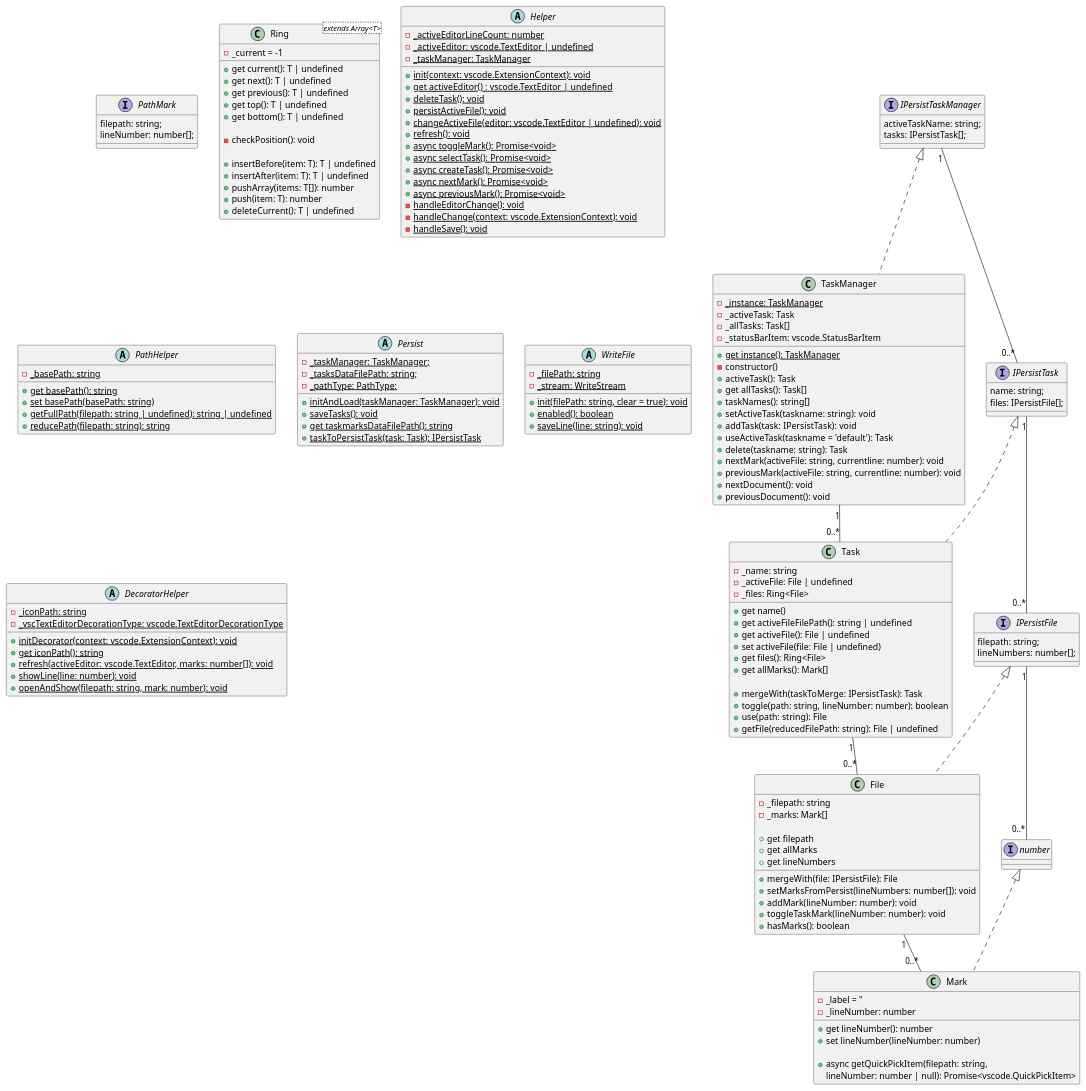
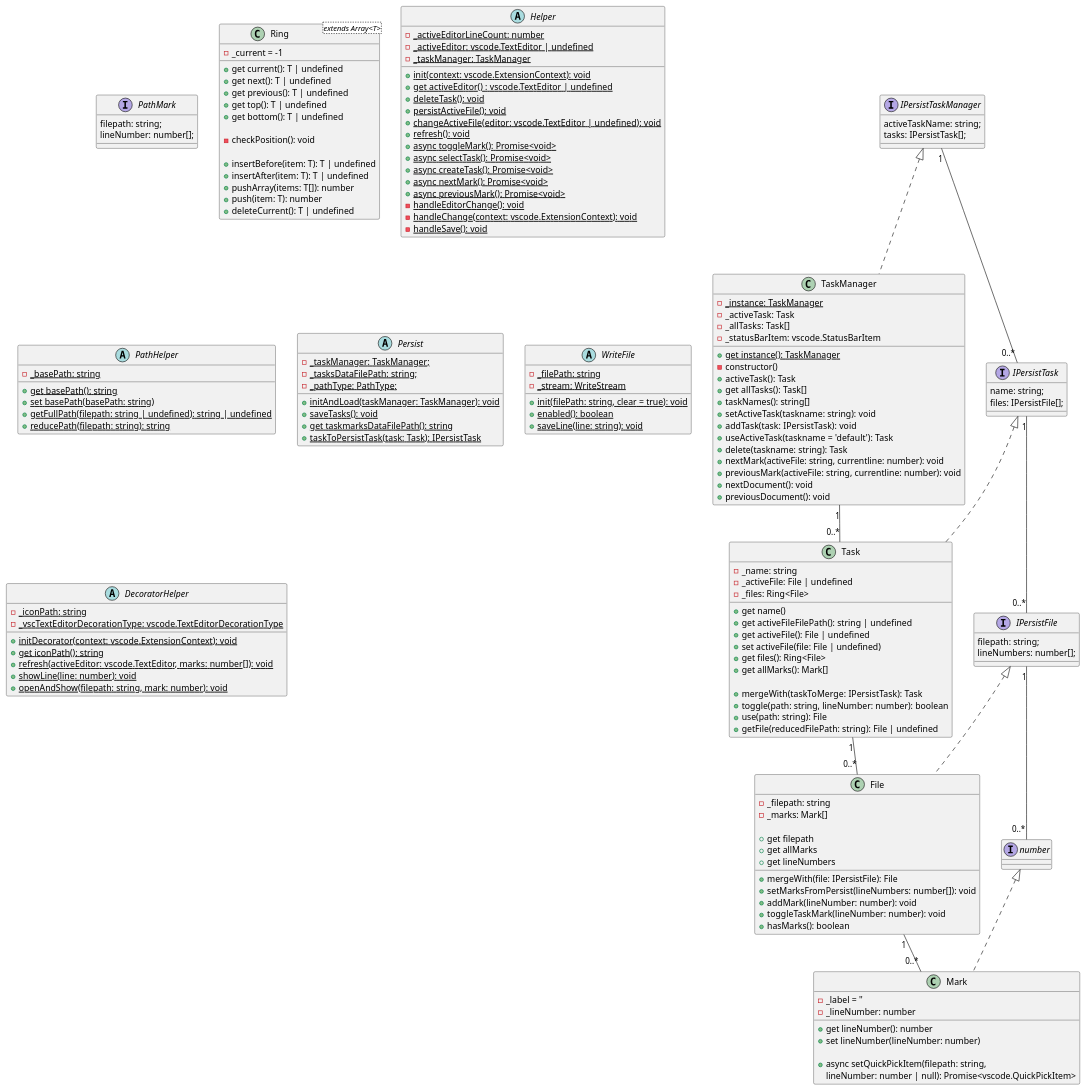
The diagram in docu/inMemory.puml (norbertK/taskmarks), drawn with PlantUML before and after one commit. The commit also changed 5 other files, not shown here.

```diff
--- a/docu/inMemory.puml
+++ b/docu/inMemory.puml
@@ -3,182 +3,182 @@
 @startuml
 
 
 class TaskManager {
     -{static}_instance: TaskManager
     +{static}get instance(): TaskManager
     -constructor()
  -_activeTask: Task
  -_allTasks: Task[]
  -_statusBarItem: vscode.StatusBarItem
 
  +activeTask(): Task
  +get allTasks(): Task[]
  +taskNames(): string[]
  +setActiveTask(taskname: string): void
  +addTask(task: IPersistTask): void
  +useActiveTask(taskname = 'default'): Task
  +delete(taskname: string): Task
  +nextMark(activeFile: string, currentline: number): void
  +previousMark(activeFile: string, currentline: number): void
  +nextDocument(): void
  +previousDocument(): void
 }
 
 class Task {
  -_name: string
  -_activeFile: File | undefined
  -_files: Ring<File>
 
  +get name()
  +get activeFileFilePath(): string | undefined
  +get activeFile(): File | undefined
  +set activeFile(file: File | undefined)
  +get files(): Ring<File>
  +get allMarks(): Mark[] 
 
  +mergeWith(taskToMerge: IPersistTask): Task
  +toggle(path: string, lineNumber: number): boolean
  +use(path: string): File
  +getFile(reducedFilePath: string): File | undefined
 }
 
 class File {
  -_filepath: string
  -_marks: Mark[]
 
  +get filepath
  +get allMarks
  +get lineNumbers
 
  +mergeWith(file: IPersistFile): File
  +setMarksFromPersist(lineNumbers: number[]): void
  +addMark(lineNumber: number): void
  +toggleTaskMark(lineNumber: number): void
  +hasMarks(): boolean
 }
 
 class Mark {
  -_label = ''
  -_lineNumber: number
 
  +get lineNumber(): number
  +set lineNumber(lineNumber: number)
 
- +async getQuickPickItem(filepath: string,
+ +async setQuickPickItem(filepath: string,
     lineNumber: number | null): Promise<vscode.QuickPickItem>
 }
 
 TaskManager "1" -- "0..*" Task
 Task "1" -- "0..*" File
 File "1" -- "0..*" Mark
 
 
 interface IPersistTaskManager {
   activeTaskName: string;
   tasks: IPersistTask[];
 }
 
 interface IPersistTask {
   name: string;
   files: IPersistFile[];
 }
 
 interface IPersistFile {
   filepath: string;
   lineNumbers: number[];
 }
 interface number {
 }
 
 interface PathMark {
   filepath: string;
   lineNumber: number[];
 }
 
 IPersistTaskManager "1" -- "0..*" IPersistTask
 IPersistTask "1" -- "0..*" IPersistFile
 IPersistFile "1" -- "0..*" number
 
 
 IPersistTaskManager <|.. TaskManager
 IPersistTask <|.. Task
 IPersistFile <|.. File
 number <|.. Mark
 
 class Ring<extends Array<T>> {
     -_current = -1
 
     +get current(): T | undefined
     +get next(): T | undefined
     +get previous(): T | undefined
     +get top(): T | undefined
     +get bottom(): T | undefined
     
     -checkPosition(): void
 
     +insertBefore(item: T): T | undefined
     +insertAfter(item: T): T | undefined
     +pushArray(items: T[]): number
     +push(item: T): number
     +deleteCurrent(): T | undefined
 
 
 }
 
 abstract class Helper{
     -{static}_activeEditorLineCount: number
     -{static}_activeEditor: vscode.TextEditor | undefined
     -{static}_taskManager: TaskManager
     +{static}init(context: vscode.ExtensionContext): void
     +{static}get activeEditor() : vscode.TextEditor | undefined
     +{static}deleteTask(): void
     +{static}persistActiveFile(): void
     +{static}changeActiveFile(editor: vscode.TextEditor | undefined): void
     +{static}refresh(): void
     +{static}async toggleMark(): Promise<void>
     +{static}async selectTask(): Promise<void>
     +{static}async createTask(): Promise<void>
     +{static}async nextMark(): Promise<void>
     +{static}async previousMark(): Promise<void>
     -{static}handleEditorChange(): void
     -{static}handleChange(context: vscode.ExtensionContext): void
     -{static}handleSave(): void
 }
 
 abstract class PathHelper{
     -{static}_basePath: string
     +{static}get basePath(): string
     +{static}set basePath(basePath: string)
     +{static}getFullPath(filepath: string | undefined): string | undefined
     +{static}reducePath(filepath: string): string
 }
 
 abstract class Persist{
     -{static}_taskManager: TaskManager;
     -{static}_tasksDataFilePath: string;
     -{static}_pathType: PathType;
     +{static}initAndLoad(taskManager: TaskManager): void
     +{static}saveTasks(): void
     +{static}get taskmarksDataFilePath(): string
     +{static}taskToPersistTask(task: Task): IPersistTask
 }
 
 abstract class WriteFile{
     -{static}_filePath: string
     -{static}_stream: WriteStream
     +{static}init(filePath: string, clear = true): void
     +{static}enabled(): boolean
     +{static}saveLine(line: string): void
 }
 
 abstract class DecoratorHelper{
     -{static}_iconPath: string
     -{static}_vscTextEditorDecorationType: vscode.TextEditorDecorationType
     +{static}initDecorator(context: vscode.ExtensionContext): void
     +{static}get iconPath(): string
     +{static}refresh(activeEditor: vscode.TextEditor, marks: number[]): void
     +{static}showLine(line: number): void
     +{static}openAndShow(filepath: string, mark: number): void
 }
 
 @enduml
```
